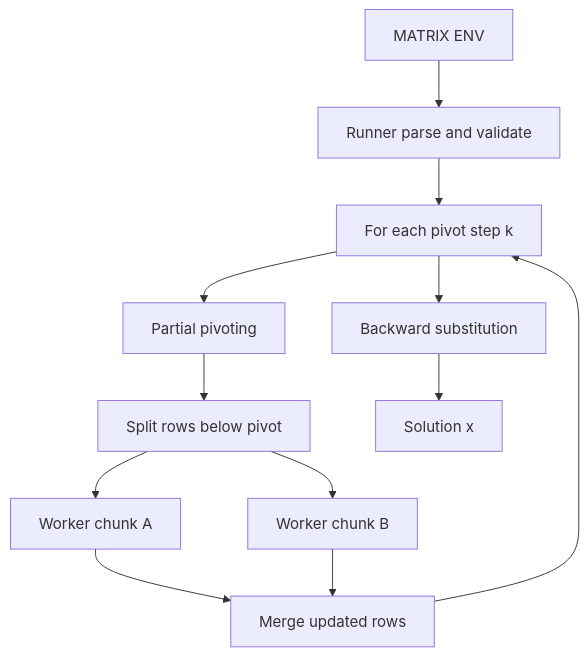
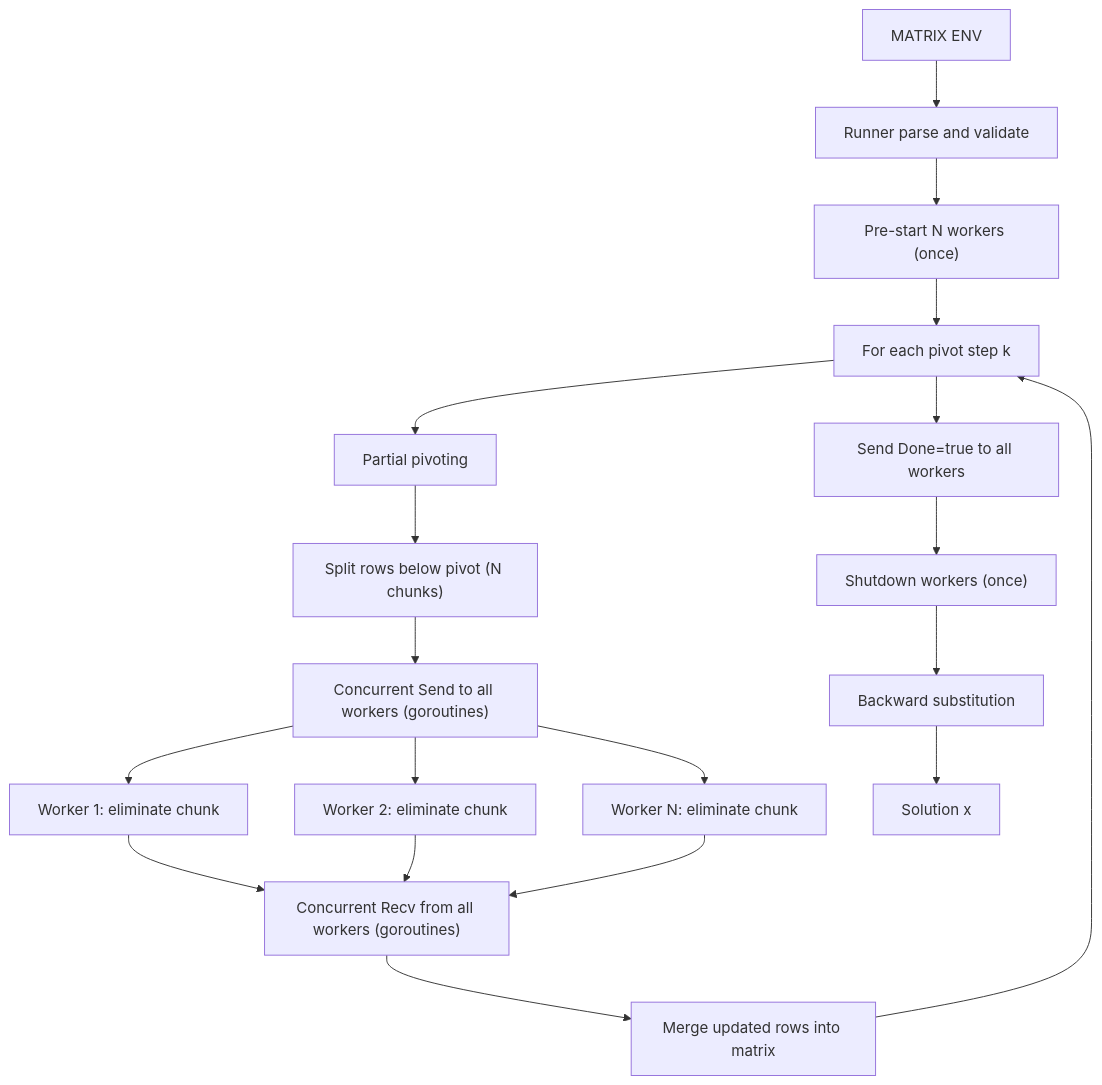
The diagram in docs/algorithm.md (pidoprygora/parcs-lab-go), drawn with Mermaid before and after one commit. The commit also changed other lines of this file and 3 other files, not shown here.

````diff
--- a/docs/algorithm.md
+++ b/docs/algorithm.md
@@ -77,14 +90,21 @@
 ```mermaid
 flowchart TD
     inputMatrix[MATRIX ENV] --> runnerParse[Runner parse and validate]
-    runnerParse --> stepLoop[For each pivot step k]
+    runnerParse --> preStart["Pre-start N workers (once)"]
+    preStart --> stepLoop[For each pivot step k]
     stepLoop --> pivoting[Partial pivoting]
-    pivoting --> split[Split rows below pivot]
-    split --> workerA[Worker chunk A]
-    split --> workerB[Worker chunk B]
-    workerA --> merge[Merge updated rows]
-    workerB --> merge
+    pivoting --> split["Split rows below pivot (N chunks)"]
+    split --> concurrentSend["Concurrent Send to all workers (goroutines)"]
+    concurrentSend --> workerA[Worker 1: eliminate chunk]
+    concurrentSend --> workerB[Worker 2: eliminate chunk]
+    concurrentSend --> workerN[Worker N: eliminate chunk]
+    workerA --> concurrentRecv["Concurrent Recv from all workers (goroutines)"]
+    workerB --> concurrentRecv
+    workerN --> concurrentRecv
+    concurrentRecv --> merge[Merge updated rows into matrix]
     merge --> stepLoop
-    stepLoop --> backSub[Backward substitution]
+    stepLoop --> doneSignal["Send Done=true to all workers"]
+    doneSignal --> shutdown["Shutdown workers (once)"]
+    shutdown --> backSub[Backward substitution]
     backSub --> solution[Solution x]
 ```
````
